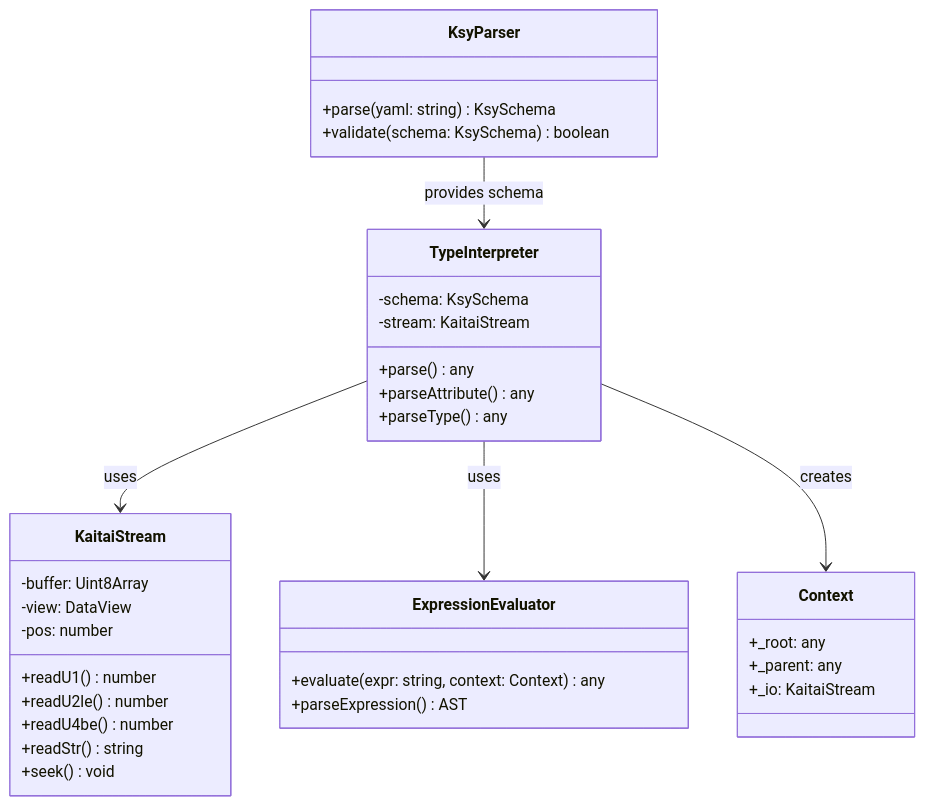
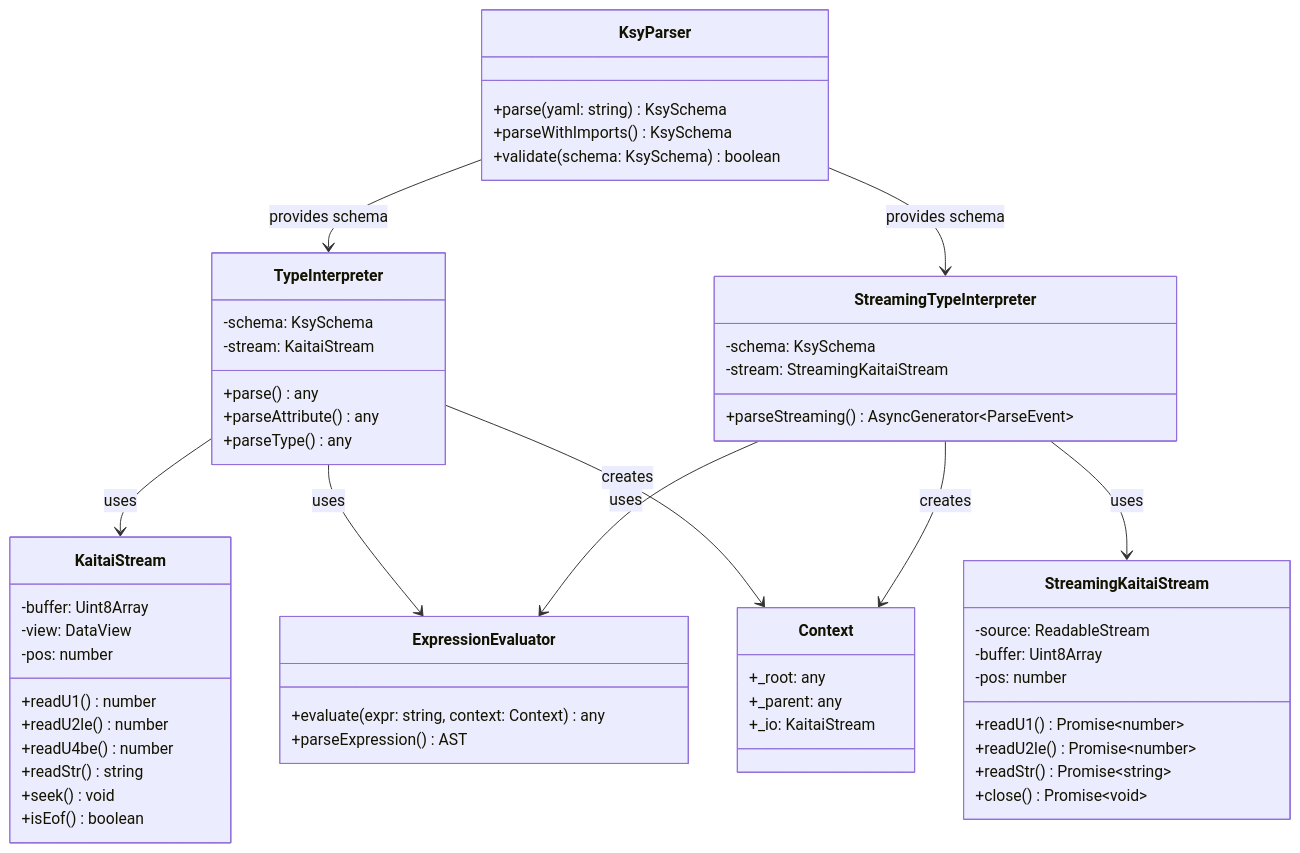
Before and after one commit to fabianopinto/kaitai-struct-ts: the second of 11 diagrams in docs/ARCHITECTURE.md, drawn with Mermaid. The commit also changed other lines of this file and 5 other files, not shown here.

First line of the commit message:
docs: add comprehensive API documentation and update architecture diagrams

````diff
--- a/docs/ARCHITECTURE.md
+++ b/docs/ARCHITECTURE.md
@@ -39,42 +53,64 @@
 ```mermaid
 classDiagram
     class KaitaiStream {
         -buffer: Uint8Array
         -view: DataView
         -pos: number
         +readU1() number
         +readU2le() number
         +readU4be() number
         +readStr() string
         +seek() void
+        +isEof() boolean
+    }
+
+    class StreamingKaitaiStream {
+        -source: ReadableStream
+        -buffer: Uint8Array
+        -pos: number
+        +readU1() Promise~number~
+        +readU2le() Promise~number~
+        +readStr() Promise~string~
+        +close() Promise~void~
     }
 
     class KsyParser {
         +parse(yaml: string) KsySchema
+        +parseWithImports() KsySchema
         +validate(schema: KsySchema) boolean
     }
 
     class TypeInterpreter {
         -schema: KsySchema
         -stream: KaitaiStream
         +parse() any
         +parseAttribute() any
         +parseType() any
+    }
+
+    class StreamingTypeInterpreter {
+        -schema: KsySchema
+        -stream: StreamingKaitaiStream
+        +parseStreaming() AsyncGenerator~ParseEvent~
     }
 
     class ExpressionEvaluator {
         +evaluate(expr: string, context: Context) any
         +parseExpression() AST
     }
 
     class Context {
         +_root: any
         +_parent: any
         +_io: KaitaiStream
     }
 
     TypeInterpreter --> KaitaiStream : uses
+    StreamingTypeInterpreter --> StreamingKaitaiStream : uses
     TypeInterpreter --> ExpressionEvaluator : uses
+    StreamingTypeInterpreter --> ExpressionEvaluator : uses
     TypeInterpreter --> Context : creates
+    StreamingTypeInterpreter --> Context : creates
     KsyParser --> TypeInterpreter : provides schema
+    KsyParser --> StreamingTypeInterpreter : provides schema
 ```
````
